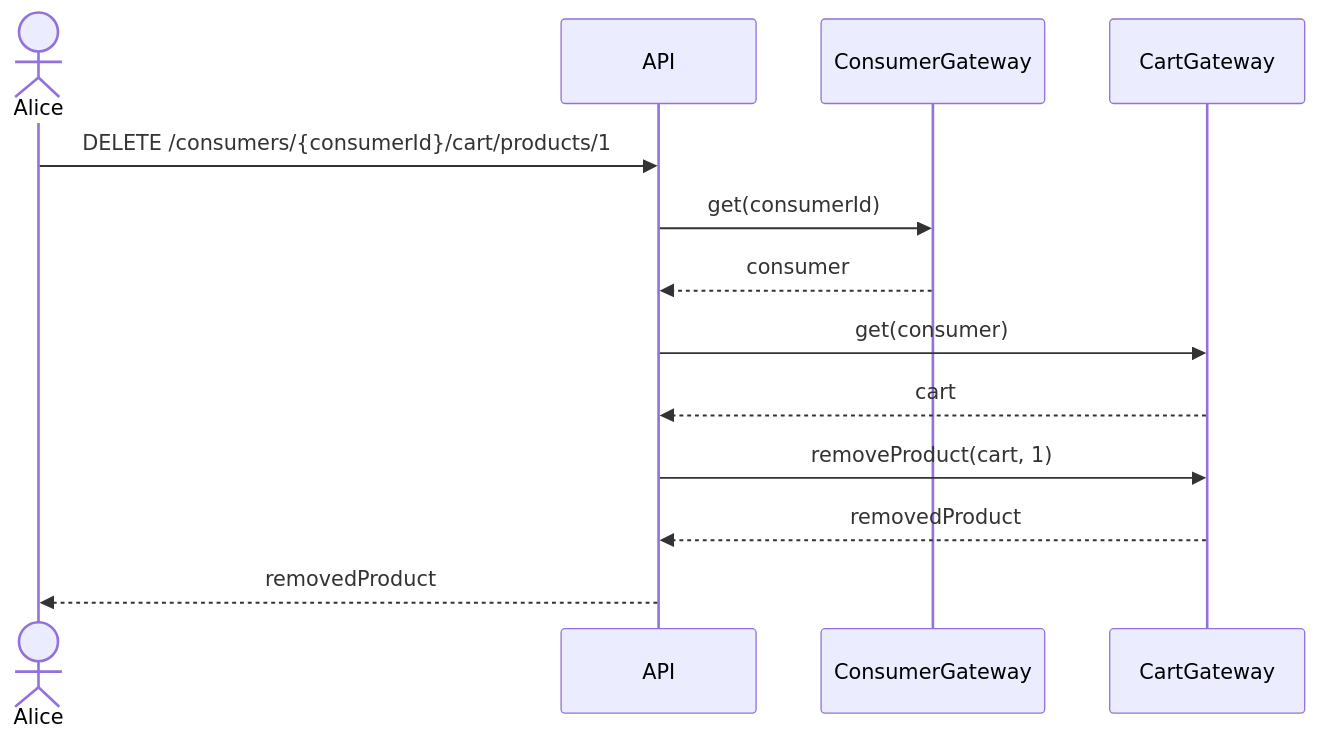
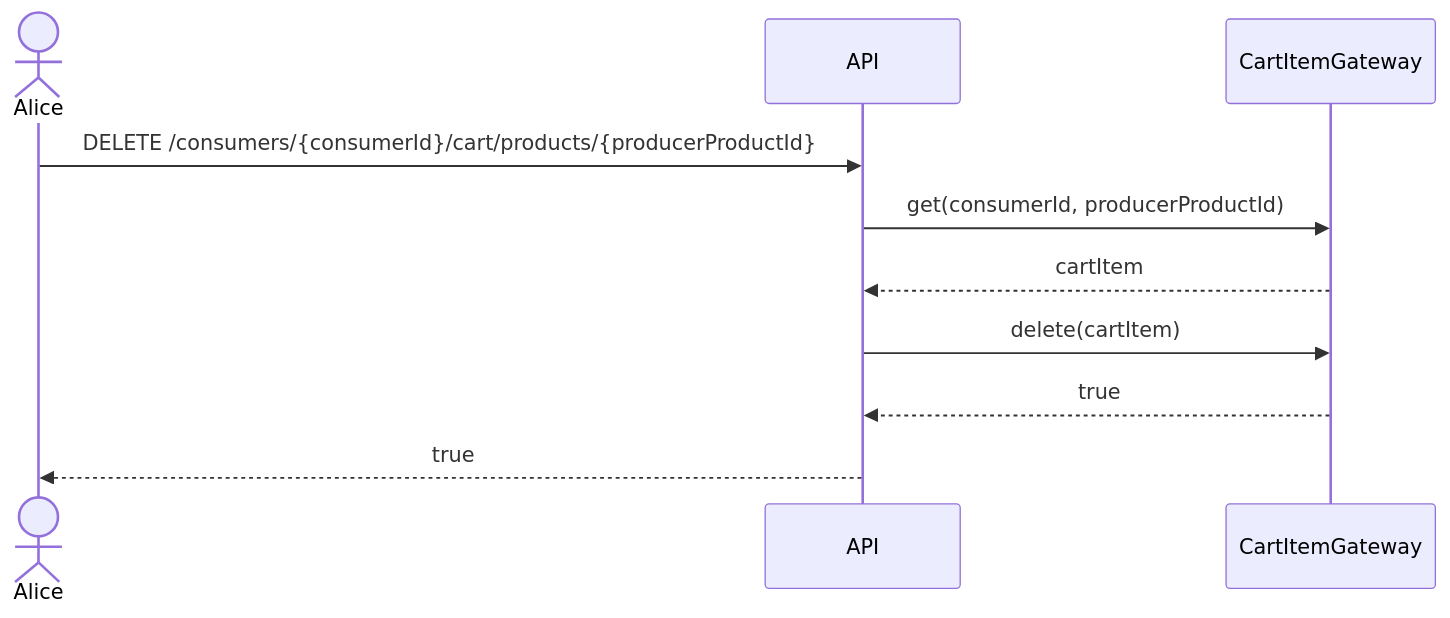
Before and after one commit to hivetown/planning: the sixth of 32 diagrams in sequence.md, drawn with Mermaid. The commit also changed other lines of this file, not shown here.

````diff
--- a/sequence.md
+++ b/sequence.md
@@ -218,16 +228,13 @@
 ```mermaid
 sequenceDiagram
     actor A as Alice
     participant API
-    participant CG as ConsumerGateway
-    participant CaG as CartGateway
+    participant CaIG as CartItemGateway
 
-    A ->> API: DELETE /consumers/{consumerId}/cart/products/1
-    API ->> CG: get(consumerId)
-    CG -->> API: consumer
-    API ->> CaG: get(consumer)
-    CaG -->> API: cart
-    API ->> CaG: removeProduct(cart, 1)
-    CaG -->> API: removedProduct
-    API -->> A: removedProduct
+    A ->> API: DELETE /consumers/{consumerId}/cart/products/{producerProductId}
+    API ->> CaIG: get(consumerId, producerProductId)
+    CaIG -->> API: cartItem
+    API ->> CaIG: delete(cartItem)
+    CaIG -->> API: true
+    API -->> A: true
 ```
````
